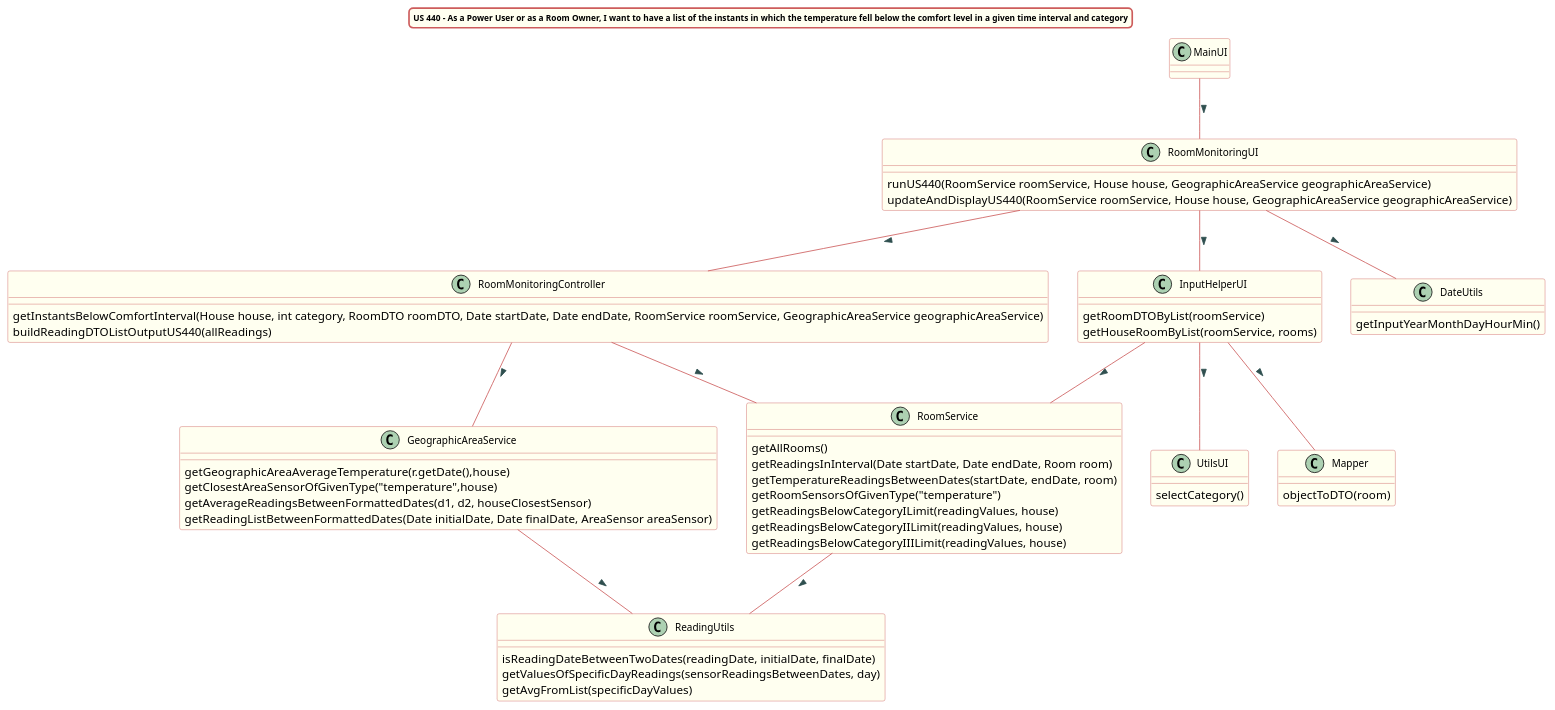
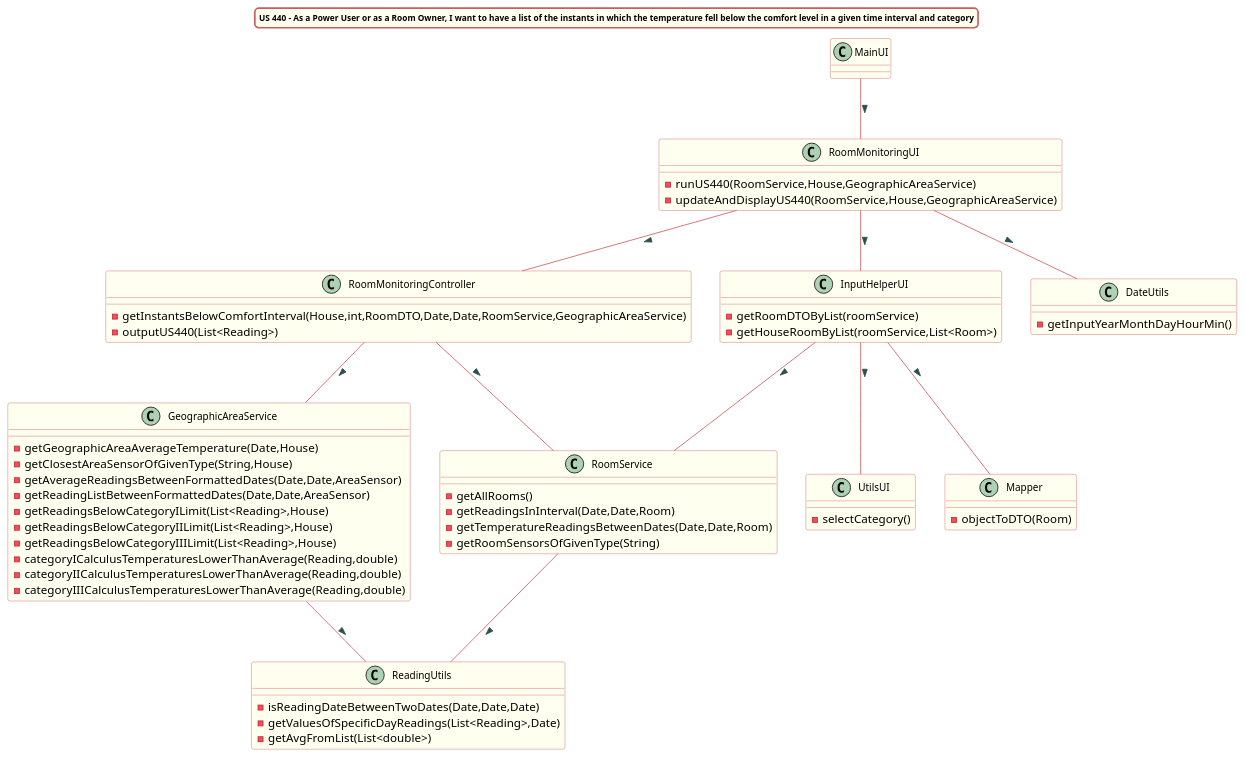
One commit to Almadanmp/project changed the diagram in src/doc/Controllers/RoomMonitoring/US440/US440_cd_RoomMonitoring.puml. Above: the diagram before and after it, drawn with PlantUML. The commit also changed 8 other files, not shown here.

Commit message:
REF #162 updates US 440 and 445 methods location updates US 440 class diagram and sequence diagram

```diff
--- a/src/doc/Controllers/RoomMonitoring/US440/US440_cd_RoomMonitoring.puml
+++ b/src/doc/Controllers/RoomMonitoring/US440/US440_cd_RoomMonitoring.puml
@@ -1,99 +1,102 @@
 @startuml
 
 title US 440 - As a Power User or as a Room Owner, I want to have a list of the instants in which the temperature fell below the comfort level in a given time interval and category
 skinparam titleBorderRoundCorner 10
 skinparam titleBorderThickness 2
 skinparam titleBorderColor indianred
 skinparam titleBackgroundColor ivory
 skinparam FontName verdana
 skinparam titleFontSize 10
 
 
 skinparam class {
   BorderColor indianred
   BackgroundColor indianred
   BackgroundColor ivory
    roundcorner 10
    ArrowFontName Verdana
    ArrowColor indianred
    ArrowFontColor darkslategrey
    FontSize 12
 }
 
 class RoomMonitoringController
 class RoomMonitoringUI
 class Mapper
 class RoomService
 class GeographicAreaService
 class DateUtils
 class InputHelperUI
 class UtilsUI
 
 
 MainUI -- RoomMonitoringUI : >
 RoomMonitoringUI -- DateUtils : >
 RoomMonitoringUI -- InputHelperUI : >
 InputHelperUI -- RoomService : >
 InputHelperUI -- Mapper : >
 InputHelperUI -- UtilsUI : >
 RoomMonitoringUI -- RoomMonitoringController : >
 RoomMonitoringController -- RoomService : >
 RoomService -- ReadingUtils : >
 RoomMonitoringController -- GeographicAreaService : >
 GeographicAreaService -- ReadingUtils : >
 
 
 
 class RoomMonitoringController {
-getInstantsBelowComfortInterval(House house, int category, RoomDTO roomDTO, Date startDate, Date endDate, RoomService roomService, GeographicAreaService geographicAreaService)
-buildReadingDTOListOutputUS440(allReadings)
+-getInstantsBelowComfortInterval(House,int,RoomDTO,Date,Date,RoomService,GeographicAreaService)
+-outputUS440(List<Reading>)
 
 }
 
 class RoomMonitoringUI {
-runUS440(RoomService roomService, House house, GeographicAreaService geographicAreaService)
-updateAndDisplayUS440(RoomService roomService, House house, GeographicAreaService geographicAreaService)
+-runUS440(RoomService,House,GeographicAreaService)
+-updateAndDisplayUS440(RoomService,House,GeographicAreaService)
 }
 
 class Mapper {
-objectToDTO(room)
+-objectToDTO(Room)
 }
 
 class RoomService{
-getAllRooms()
-getReadingsInInterval(Date startDate, Date endDate, Room room)
-getTemperatureReadingsBetweenDates(startDate, endDate, room)
-getRoomSensorsOfGivenType("temperature")
-getReadingsBelowCategoryILimit(readingValues, house)
-getReadingsBelowCategoryIILimit(readingValues, house)
-getReadingsBelowCategoryIIILimit(readingValues, house)
+-getAllRooms()
+-getReadingsInInterval(Date,Date,Room)
+-getTemperatureReadingsBetweenDates(Date,Date,Room)
+-getRoomSensorsOfGivenType(String)
 }
 
 class GeographicAreaService{
-getGeographicAreaAverageTemperature(r.getDate(),house)
-getClosestAreaSensorOfGivenType("temperature",house)
-getAverageReadingsBetweenFormattedDates(d1, d2, houseClosestSensor)
-getReadingListBetweenFormattedDates(Date initialDate, Date finalDate, AreaSensor areaSensor)
+-getGeographicAreaAverageTemperature(Date,House)
+-getClosestAreaSensorOfGivenType(String,House)
+-getAverageReadingsBetweenFormattedDates(Date,Date,AreaSensor)
+-getReadingListBetweenFormattedDates(Date,Date,AreaSensor)
+-getReadingsBelowCategoryILimit(List<Reading>,House)
+-getReadingsBelowCategoryIILimit(List<Reading>,House)
+-getReadingsBelowCategoryIIILimit(List<Reading>,House)
+-categoryICalculusTemperaturesLowerThanAverage(Reading,double)
+-categoryIICalculusTemperaturesLowerThanAverage(Reading,double)
+-categoryIIICalculusTemperaturesLowerThanAverage(Reading,double)
 }
 
 class DateUtils {
-getInputYearMonthDayHourMin()
+-getInputYearMonthDayHourMin()
 }
 
 class InputHelperUI {
-getRoomDTOByList(roomService)
-getHouseRoomByList(roomService, rooms)
+-getRoomDTOByList(roomService)
+-getHouseRoomByList(roomService,List<Room>)
 }
 
 class UtilsUI {
-selectCategory()
+-selectCategory()
 }
 
 class ReadingUtils {
-isReadingDateBetweenTwoDates(readingDate, initialDate, finalDate)
-getValuesOfSpecificDayReadings(sensorReadingsBetweenDates, day)
-getAvgFromList(specificDayValues)
+-isReadingDateBetweenTwoDates(Date,Date,Date)
+-getValuesOfSpecificDayReadings(List<Reading>,Date)
+-getAvgFromList(List<double>)
 }
 
 
 @enduml
```
